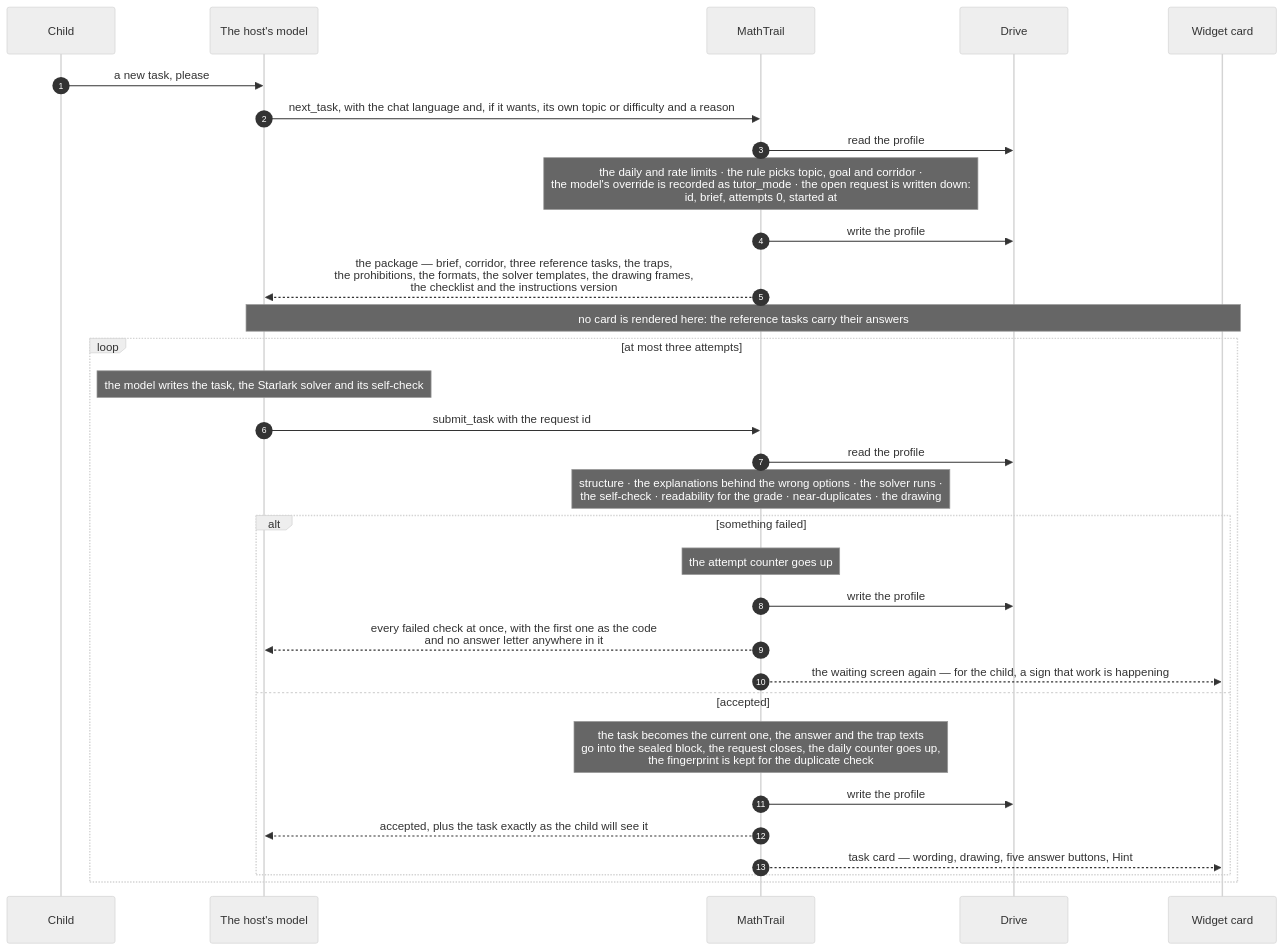
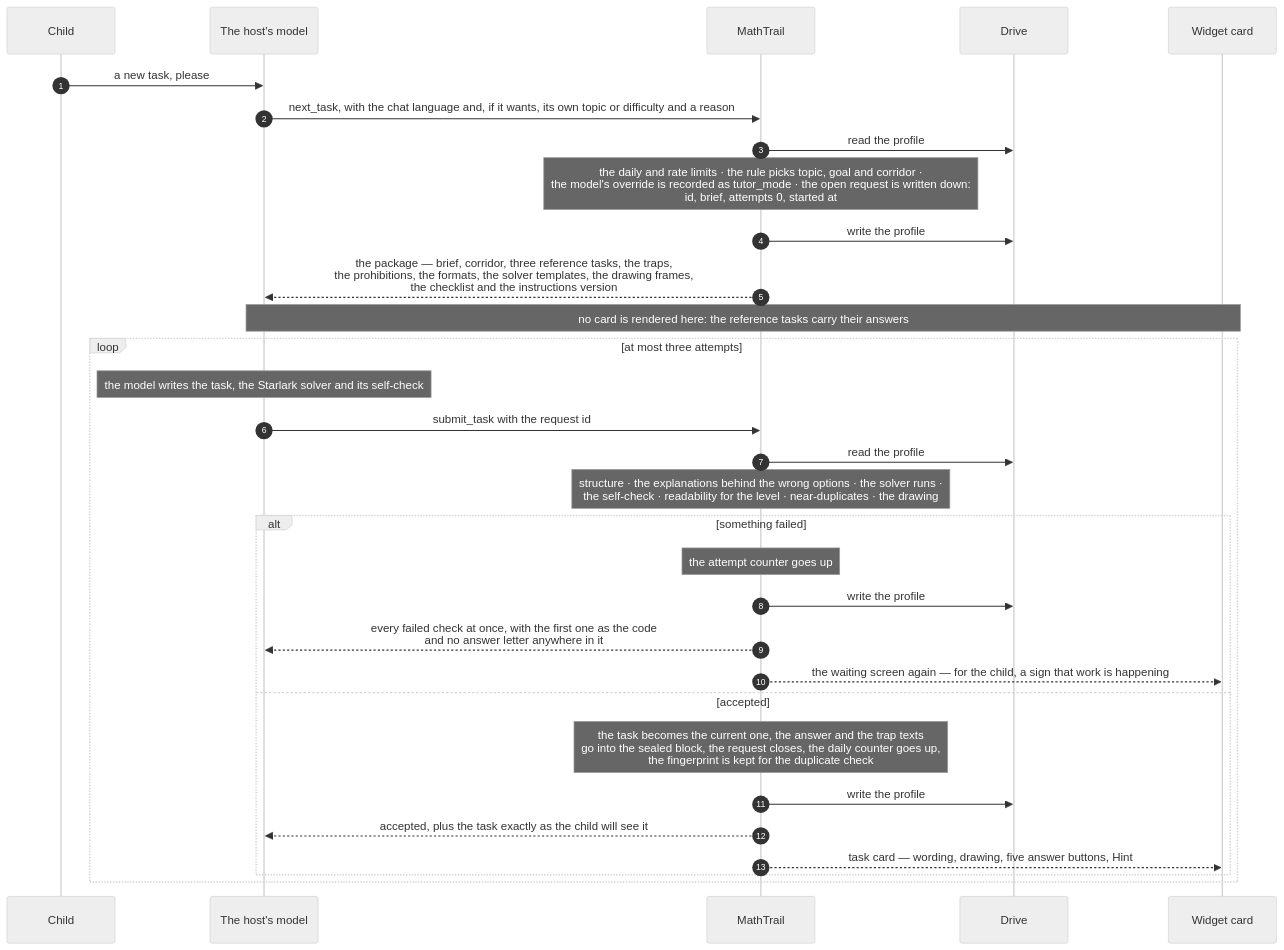
The second of 6 diagrams in docs/architecture/03-flows.md (MathTrail/mathtrail-standalone), drawn with Mermaid (neutral theme) before and after one commit. The commit also changed other lines of this file and 72 other files, not shown here.

````diff
--- a/docs/architecture/03-flows.md
+++ b/docs/architecture/03-flows.md
@@ -74,35 +74,35 @@
 ```mermaid
 sequenceDiagram
     autonumber
     participant K as Child
     participant M as The host's model
     participant MT as MathTrail
     participant D as Drive
     participant W as Widget card
 
     K->>M: a new task, please
     M->>MT: next_task, with the chat language and, if it wants, its own topic or difficulty and a reason
     MT->>D: read the profile
     Note over MT: the daily and rate limits · the rule picks topic, goal and corridor ·<br/>the model's override is recorded as tutor_mode · the open request is written down:<br/>id, brief, attempts 0, started at
     MT->>D: write the profile
     MT-->>M: the package — brief, corridor, three reference tasks, the traps,<br/>the prohibitions, the formats, the solver templates, the drawing frames,<br/>the checklist and the instructions version
     Note over M,W: no card is rendered here: the reference tasks carry their answers
 
     loop at most three attempts
         Note over M: the model writes the task, the Starlark solver and its self-check
         M->>MT: submit_task with the request id
         MT->>D: read the profile
-        Note over MT: structure · the explanations behind the wrong options · the solver runs ·<br/>the self-check · readability for the grade · near-duplicates · the drawing
+        Note over MT: structure · the explanations behind the wrong options · the solver runs ·<br/>the self-check · readability for the level · near-duplicates · the drawing
         alt something failed
             Note over MT: the attempt counter goes up
             MT->>D: write the profile
             MT-->>M: every failed check at once, with the first one as the code<br/>and no answer letter anywhere in it
             MT-->>W: the waiting screen again — for the child, a sign that work is happening
         else accepted
             Note over MT: the task becomes the current one, the answer and the trap texts<br/>go into the sealed block, the request closes, the daily counter goes up,<br/>the fingerprint is kept for the duplicate check
             MT->>D: write the profile
             MT-->>M: accepted, plus the task exactly as the child will see it
             MT-->>W: task card — wording, drawing, five answer buttons, Hint
         end
     end
 ```
````
